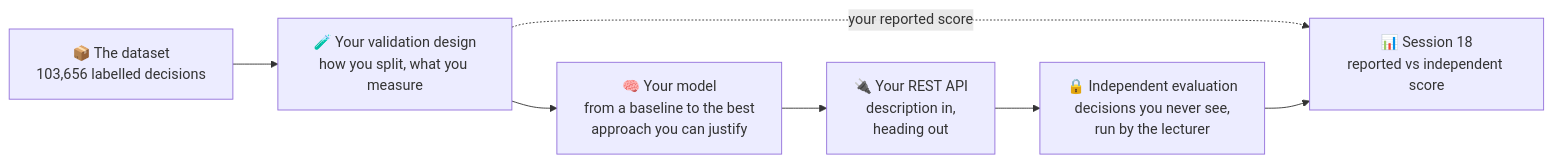
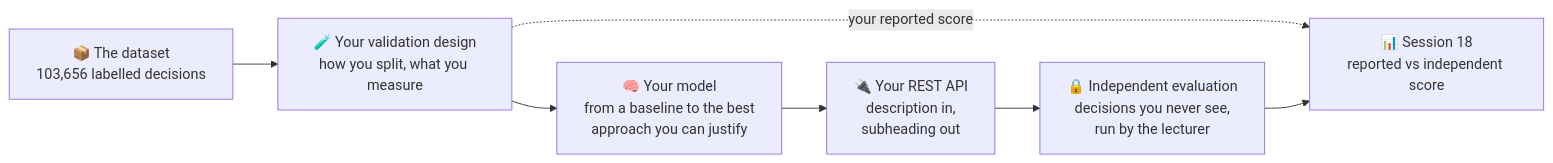
Before and after one commit to khoadaniel/statistical-programming-mpmd-htw-ws-2026: the first of 2 diagrams in sessions/17-18-final-presentations/final-project.md, drawn with Mermaid. The commit also changed other lines of this file and 130 other files, not shown here.

````diff
--- a/sessions/17-18-final-presentations/final-project.md
+++ b/sessions/17-18-final-presentations/final-project.md
@@ -7,9 +7,9 @@
 ```mermaid
 flowchart LR
   A["📦 The dataset<br/>103,656 labelled decisions"] --> B["🧪 Your validation design<br/>how you split, what you measure"]
   B --> C["🧠 Your model<br/>from a baseline to the best<br/>approach you can justify"]
-  C --> D["🔌 Your REST API<br/>description in,<br/>heading out"]
+  C --> D["🔌 Your REST API<br/>description in,<br/>subheading out"]
   D --> E["🔒 Independent evaluation<br/>decisions you never see,<br/>run by the lecturer"]
   B -. "your reported score" .-> F["📊 Session 18<br/>reported vs independent score"]
   E --> F
 ```
````
